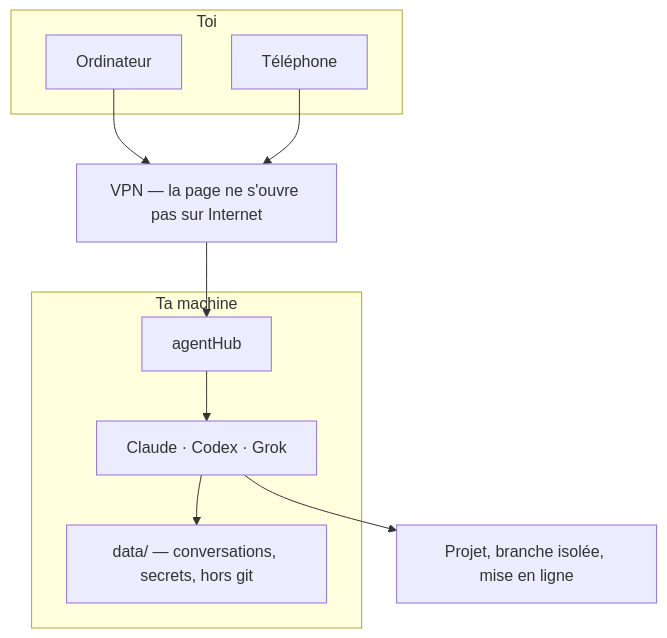
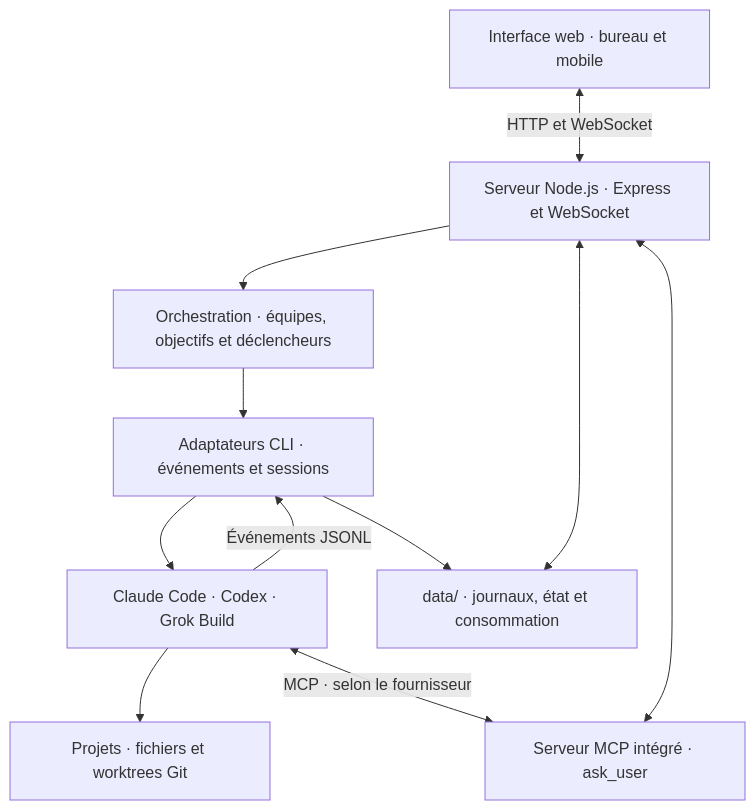
One commit to Purvanas/agenthub changed the diagram in README.md. Above: the diagram before and after it, drawn with Mermaid. The commit also changed other lines of this file, not shown here.

````diff
--- a/README.md
+++ b/README.md
@@ -9,18 +121,22 @@
 ```mermaid
 flowchart TB
-  subgraph toi [Toi]
-    pc[Ordinateur]
-    tel[Téléphone]
-  end
-  vpn[VPN — la page ne s'ouvre pas sur Internet]
-  subgraph machine [Ta machine]
-    ui[agentHub]
-    agents[Claude · Codex · Grok]
-    data["data/ — conversations, secrets, hors git"]
-  end
-  pc --> vpn --> ui
-  tel --> vpn
-  ui --> agents
-  agents --> data
-  agents --> projet[Projet, branche isolée, mise en ligne]
+    UI[Interface web · bureau et mobile]
+    SERVER[Serveur Node.js · Express et WebSocket]
+    ORCH[Orchestration · équipes, objectifs et déclencheurs]
+    RUNNER[Adaptateurs CLI · événements et sessions]
+    CLIS[Claude Code · Codex · Grok Build]
+    DATA["data/ · journaux, état et consommation"]
+    PROJECT[Projets · fichiers et worktrees Git]
+    MCP[Serveur MCP intégré · ask_user]
+
+    UI <-->|HTTP et WebSocket| SERVER
+    SERVER --> ORCH
+    ORCH --> RUNNER
+    RUNNER --> CLIS
+    CLIS -->|Événements JSONL| RUNNER
+    RUNNER --> DATA
+    SERVER <--> DATA
+    CLIS --> PROJECT
+    CLIS <-->|MCP · selon le fournisseur| MCP
+    MCP <--> SERVER
 ```
````
